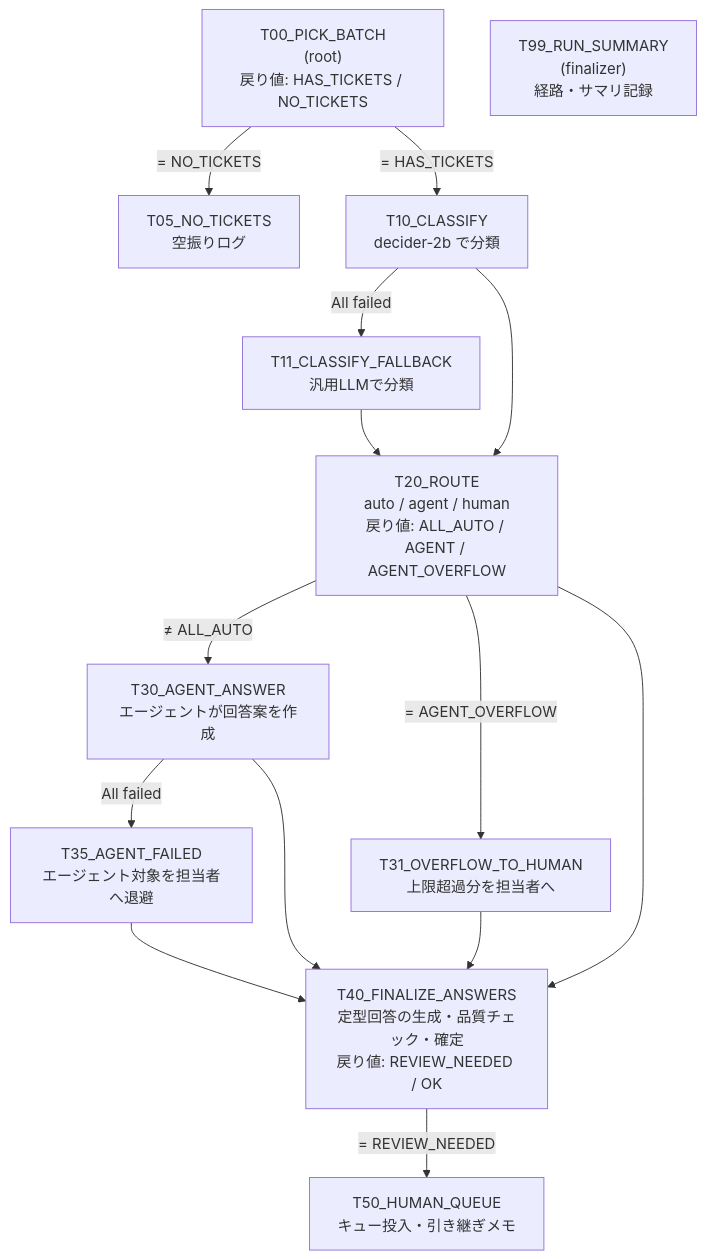
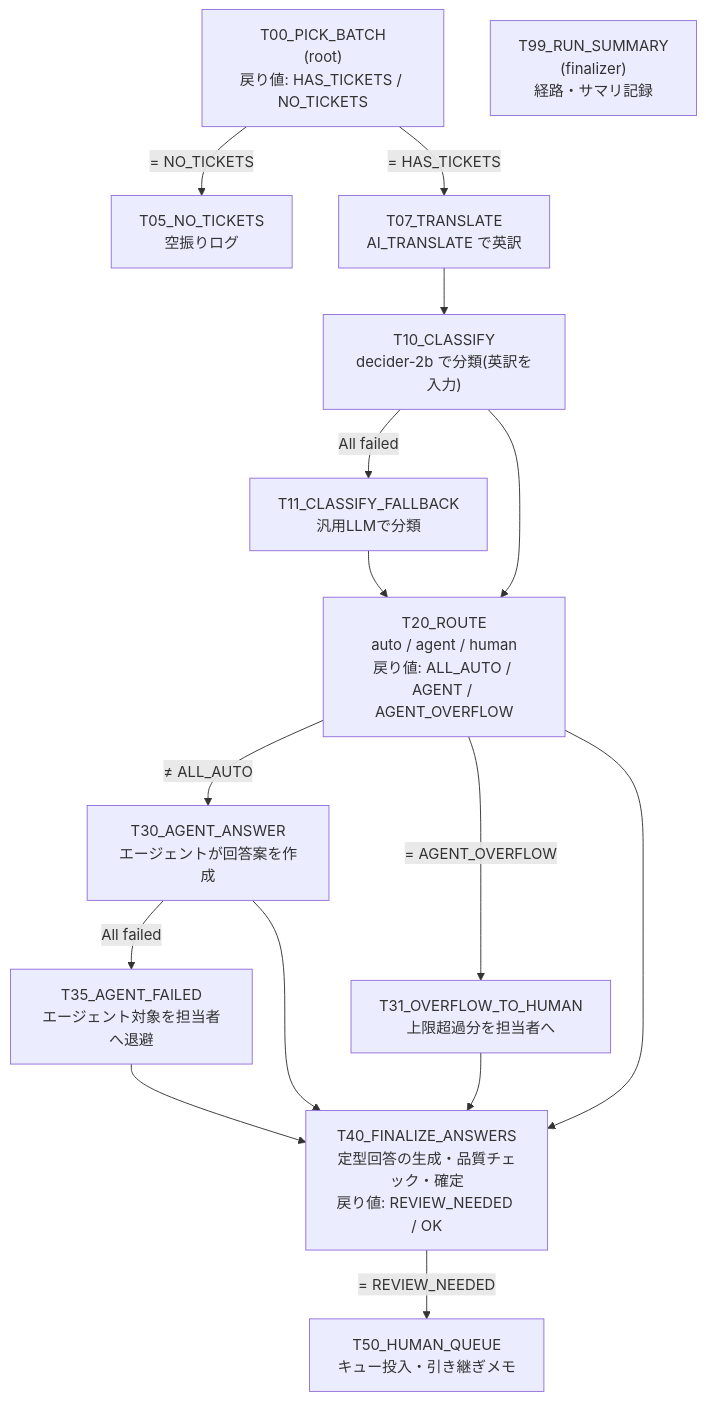
One commit to takimiko-gohan/sf-agent-workflow-pipeline changed the diagram in README.md. Above: the diagram before and after it, drawn with Mermaid. The commit also changed other lines of this file and 9 other files, not shown here.

First line of the commit message:
データを日本語化し、decider-2b の前に AI_TRANSLATE による英訳を追加

````diff
--- a/README.md
+++ b/README.md
@@ -23,28 +25,30 @@
 ```mermaid
 flowchart TD
   T00["T00_PICK_BATCH<br/>(root)<br/>戻り値: HAS_TICKETS / NO_TICKETS"]
   T05["T05_NO_TICKETS<br/>空振りログ"]
-  T10["T10_CLASSIFY<br/>decider-2b で分類"]
+  T07["T07_TRANSLATE<br/>AI_TRANSLATE で英訳"]
+  T10["T10_CLASSIFY<br/>decider-2b で分類(英訳を入力)"]
   T11["T11_CLASSIFY_FALLBACK<br/>汎用LLMで分類"]
   T20["T20_ROUTE<br/>auto / agent / human<br/>戻り値: ALL_AUTO / AGENT / AGENT_OVERFLOW"]
   T30["T30_AGENT_ANSWER<br/>エージェントが回答案を作成"]
   T31["T31_OVERFLOW_TO_HUMAN<br/>上限超過分を担当者へ"]
   T35["T35_AGENT_FAILED<br/>エージェント対象を担当者へ退避"]
   T40["T40_FINALIZE_ANSWERS<br/>定型回答の生成・品質チェック・確定<br/>戻り値: REVIEW_NEEDED / OK"]
   T50["T50_HUMAN_QUEUE<br/>キュー投入・引き継ぎメモ"]
   T99["T99_RUN_SUMMARY<br/>(finalizer)<br/>経路・サマリ記録"]
 
   T00 -- "= NO_TICKETS" --> T05
-  T00 -- "= HAS_TICKETS" --> T10
+  T00 -- "= HAS_TICKETS" --> T07
+  T07 --> T10
   T10 -- "All failed" --> T11
   T10 --> T20
   T11 --> T20
   T20 -- "≠ ALL_AUTO" --> T30
   T20 -- "= AGENT_OVERFLOW" --> T31
   T30 -- "All failed" --> T35
   T20 --> T40
   T30 --> T40
   T31 --> T40
   T35 --> T40
   T40 -- "= REVIEW_NEEDED" --> T50
 ```
````
